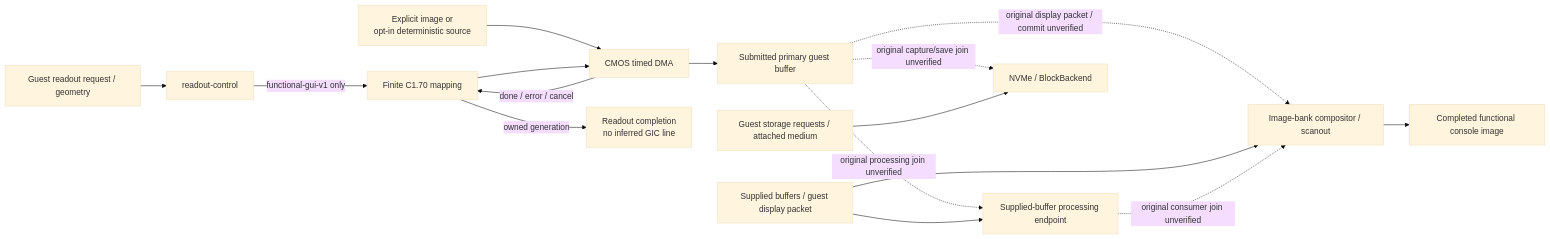
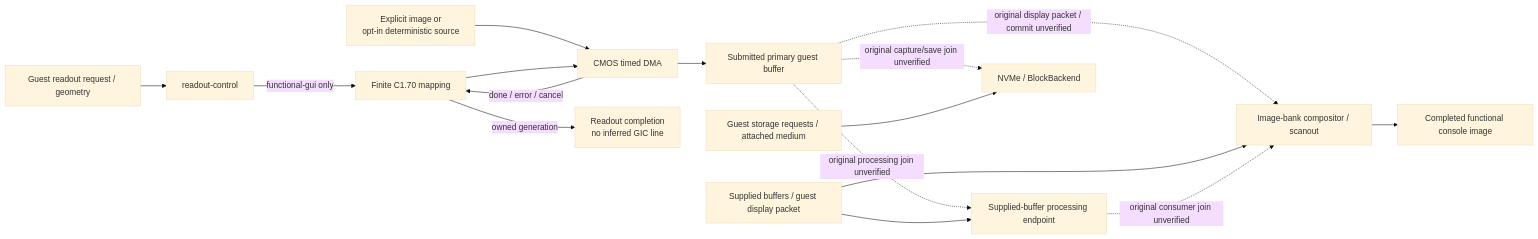
Before and after one commit to nightglasses/z7ii-qemu: the second of 2 diagrams in docs/architecture/expeed6.md, drawn with Mermaid (base theme). The commit also changed 24 other files, not shown here.

````diff
--- a/docs/architecture/expeed6.md
+++ b/docs/architecture/expeed6.md
@@ -51,18 +51,18 @@
 ```mermaid
 flowchart LR
   Guest["Guest readout request / geometry"] --> Readout["readout-control"]
-  Readout -->|"functional-gui-v1 only"| Pipeline["Finite C1.70 mapping"]
+  Readout -->|"functional-gui only"| Pipeline["Finite C1.70 mapping"]
   Source["Explicit image or<br/>opt-in deterministic source"] --> CMOS["CMOS timed DMA"]
   Pipeline --> CMOS
   CMOS --> RAM["Submitted primary guest buffer"]
   CMOS -->|"done / error / cancel"| Pipeline
   Pipeline -->|"owned generation"| Completion["Readout completion<br/>no inferred GIC line"]
   RAM -. "original processing join unverified" .-> Process["Supplied-buffer processing endpoint"]
   RAM -. "original display packet / commit unverified" .-> Scanout["Image-bank compositor / scanout"]
   Supplied["Supplied buffers / guest display packet"] --> Process
   Supplied --> Scanout
   Process -. "original consumer join unverified" .-> Scanout
   Scanout --> Console["Completed functional console image"]
   RAM -. "original capture/save join unverified" .-> Save["NVMe / BlockBackend"]
   Requests["Guest storage requests / attached medium"] --> Save
 ```
````
